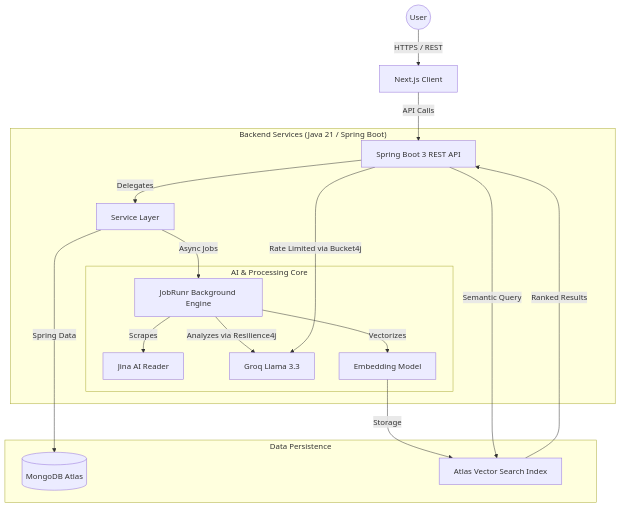
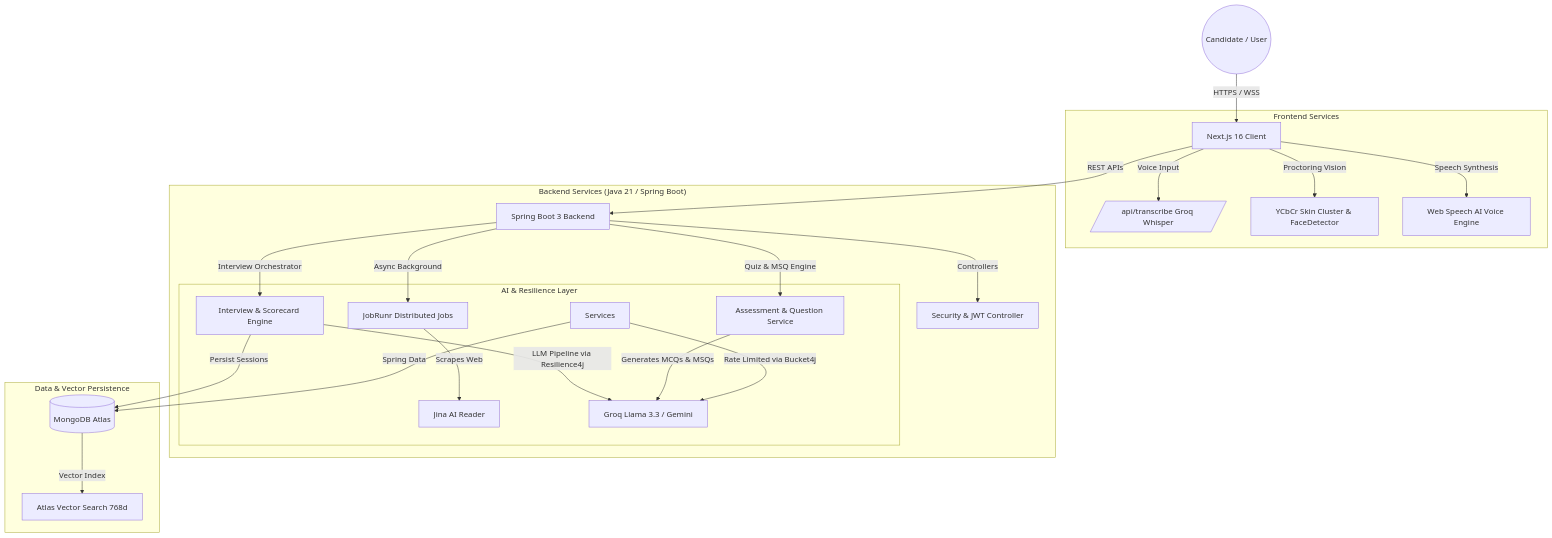
The diagram in README.md (Animesh-86/NextLevel), drawn with Mermaid before and after one commit. The commit also changed other lines of this file and 96 other files, not shown here.

````diff
--- a/README.md
+++ b/README.md
@@ -19,26 +22,31 @@
 ```mermaid
 graph TD
-    User((User)) -->|HTTPS / REST| Frontend[Next.js Client]
-    Frontend -->|API Calls| API[Spring Boot 3 REST API]
+    User((Candidate / User)) -->|HTTPS / WSS| Frontend[Next.js 16 Client]
+    Frontend -->|REST APIs| API[Spring Boot 3 Backend]
     
-    subgraph "Backend Services (Java 21 / Spring Boot)"
-        API -->|Delegates| Services[Service Layer]
-        Services -->|Async Jobs| JobRunr[JobRunr Background Engine]
-        
-        subgraph "AI & Processing Core"
-            JobRunr -->|Scrapes| Jina[Jina AI Reader]
-            JobRunr -->|Analyzes via Resilience4j| LLM[Groq Llama 3.3]
-            JobRunr -->|Vectorizes| Embeddings[Embedding Model]
-        end
-        
-        API -->|Rate Limited via Bucket4j| LLM
+    subgraph "Frontend Services"
+        Frontend -->|Voice Input| WhisperAPI[/api/transcribe Groq Whisper/]
+        Frontend -->|Proctoring Vision| VisionEngine[YCbCr Skin Cluster & FaceDetector]
+        Frontend -->|Speech Synthesis| TTS[Web Speech AI Voice Engine]
     end
 
-    subgraph "Data Persistence"
-        Services -->|Spring Data| Mongo[(MongoDB Atlas)]
-        Embeddings -->|Storage| VectorIdx[Atlas Vector Search Index]
+    subgraph "Backend Services (Java 21 / Spring Boot)"
+        API -->|Controllers| Auth[Security & JWT Controller]
+        API -->|Interview Orchestrator| InterviewService[Interview & Scorecard Engine]
+        API -->|Quiz & MSQ Engine| QuizService[Assessment & Question Service]
+        API -->|Async Background| JobRunr[JobRunr Distributed Jobs]
+        
+        subgraph "AI & Resilience Layer"
+            JobRunr -->|Scrapes Web| Jina[Jina AI Reader]
+            InterviewService -->|LLM Pipeline via Resilience4j| LLM[Groq Llama 3.3 / Gemini]
+            QuizService -->|Generates MCQs & MSQs| LLM
+            Services -->|Rate Limited via Bucket4j| LLM
+        end
     end
 
-    API -->|Semantic Query| VectorIdx
-    VectorIdx -->|Ranked Results| API
+    subgraph "Data & Vector Persistence"
+        InterviewService -->|Persist Sessions| Mongo[(MongoDB Atlas)]
+        Services -->|Spring Data| Mongo
+        Mongo -->|Vector Index| VectorSearch[Atlas Vector Search 768d]
+    end
 ```
````
